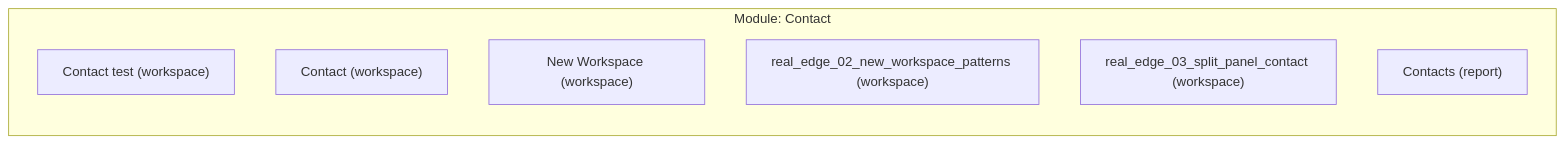
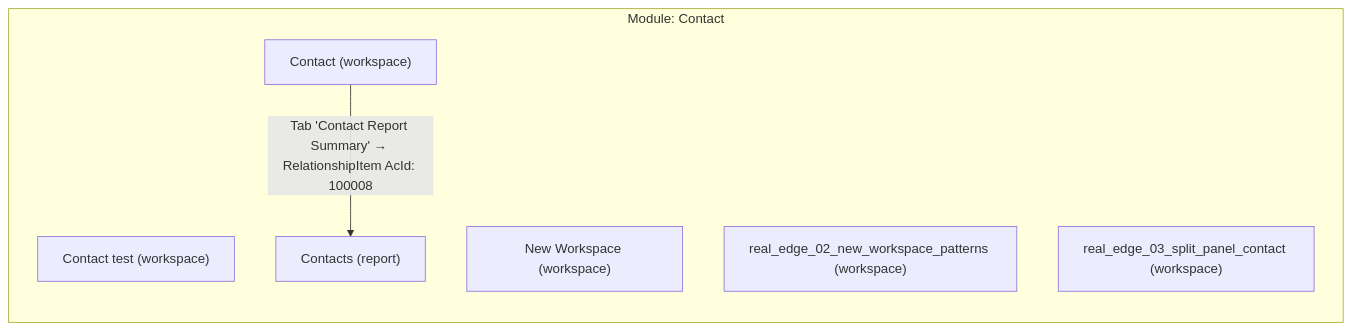
Before and after one commit to SujalMatolia0/Config_Migration: the first of 4 diagrams in results/COMPLETE_SYSTEM_MAPPING.md, drawn with Mermaid. The commit also changed other lines of this file and 30 other files, not shown here.

````diff
--- a/results/COMPLETE_SYSTEM_MAPPING.md
+++ b/results/COMPLETE_SYSTEM_MAPPING.md
@@ -50,11 +48,12 @@
 ```mermaid
 flowchart LR
   subgraph MOD_Contact ["Module: Contact"]
     N_workspace_contact_test["Contact test (workspace)"]
     N_workspace_contact["Contact (workspace)"]
     N_workspace_new_workspace["New Workspace (workspace)"]
     N_workspace_real_edge_02_new_workspace_patterns["real_edge_02_new_workspace_patterns (workspace)"]
     N_workspace_real_edge_03_split_panel_contact["real_edge_03_split_panel_contact (workspace)"]
     N_report_contacts["Contacts (report)"]
+    N_workspace_contact -->|"Tab 'Contact Report Summary' → RelationshipItem AcId: 100008"| N_report_contacts
   end
 ```
````
